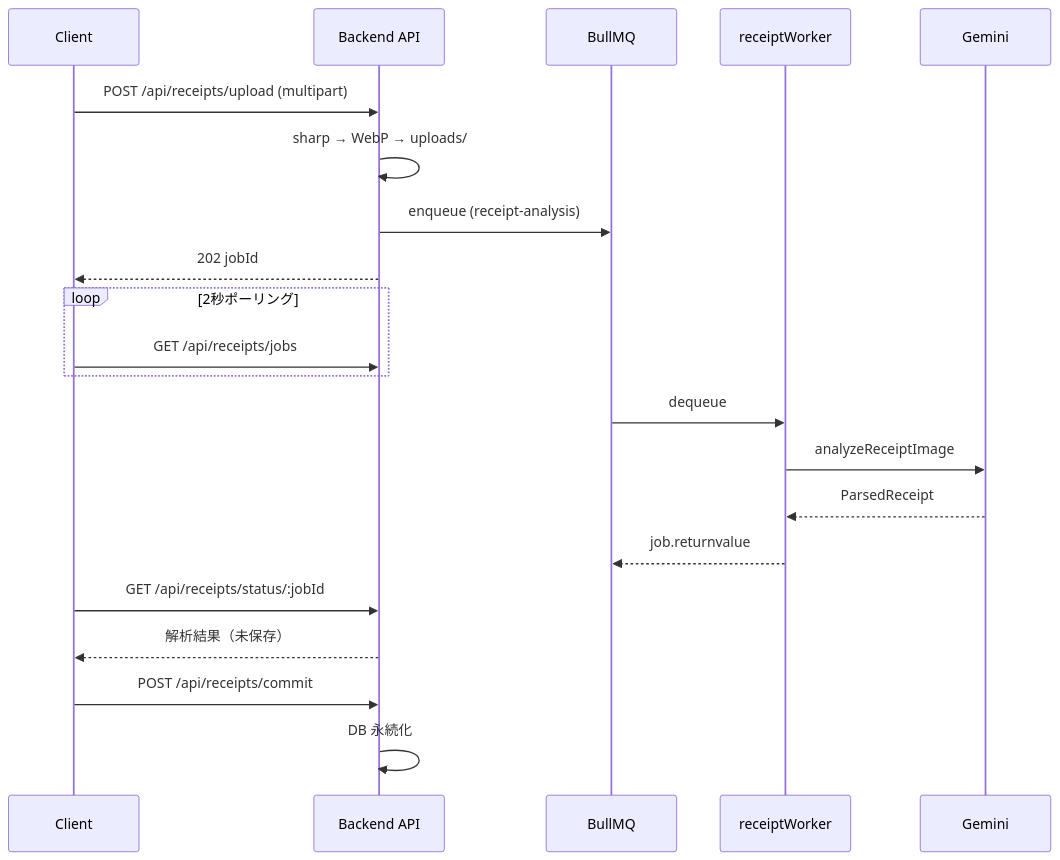
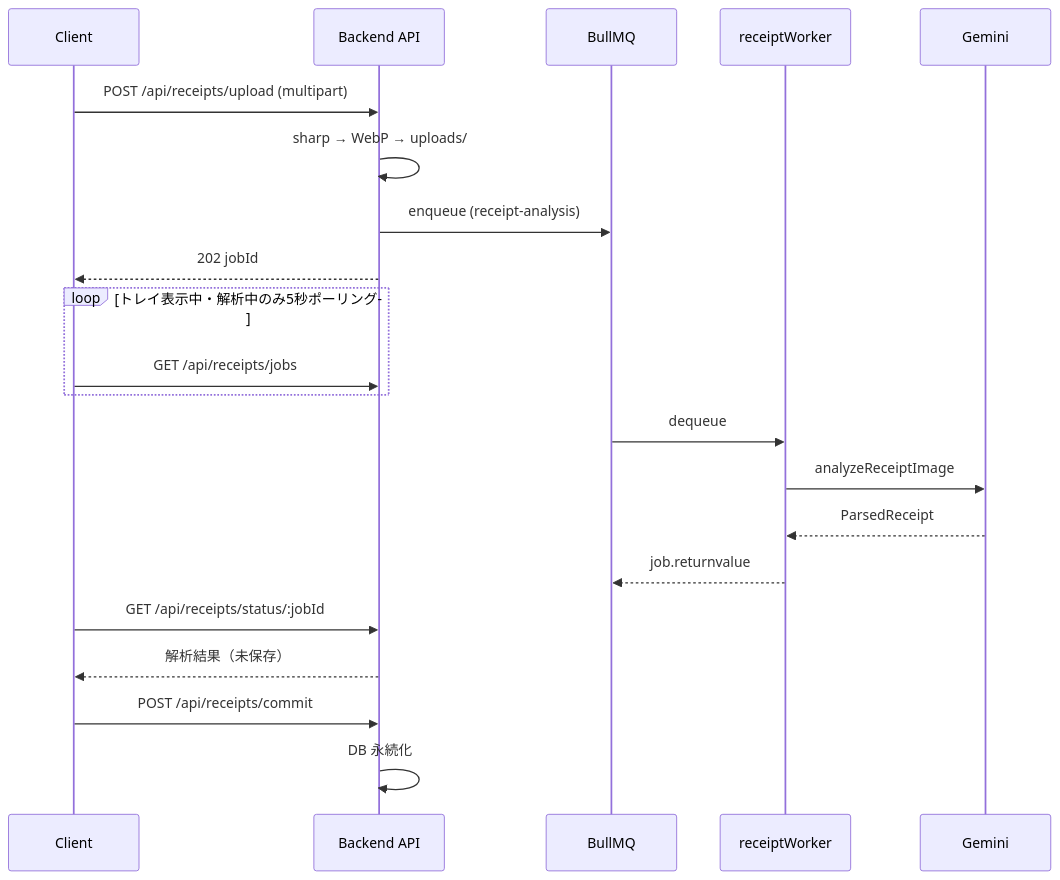
One commit to yama180sx/receipt-ai-app changed the eighth of 11 diagrams in docs/design/architecture.md. Above: the diagram before and after it, drawn with Mermaid. The commit also changed other lines of this file and 21 other files, not shown here.

````diff
--- a/docs/design/architecture.md
+++ b/docs/design/architecture.md
@@ -398,28 +398,28 @@
 ```mermaid
 sequenceDiagram
     participant C as Client
     participant API as Backend API
     participant Q as BullMQ
     participant W as receiptWorker
     participant G as Gemini
 
     C->>API: POST /api/receipts/upload (multipart)
     API->>API: sharp → WebP → uploads/
     API->>Q: enqueue (receipt-analysis)
     API-->>C: 202 jobId
 
-    loop 2秒ポーリング
+    loop トレイ表示中・解析中のみ5秒ポーリング
         C->>API: GET /api/receipts/jobs
     end
 
     Q->>W: dequeue
     W->>G: analyzeReceiptImage
     G-->>W: ParsedReceipt
     W-->>Q: job.returnvalue
 
     C->>API: GET /api/receipts/status/:jobId
     API-->>C: 解析結果（未保存）
 
     C->>API: POST /api/receipts/commit
     API->>API: DB 永続化
 ```
````
